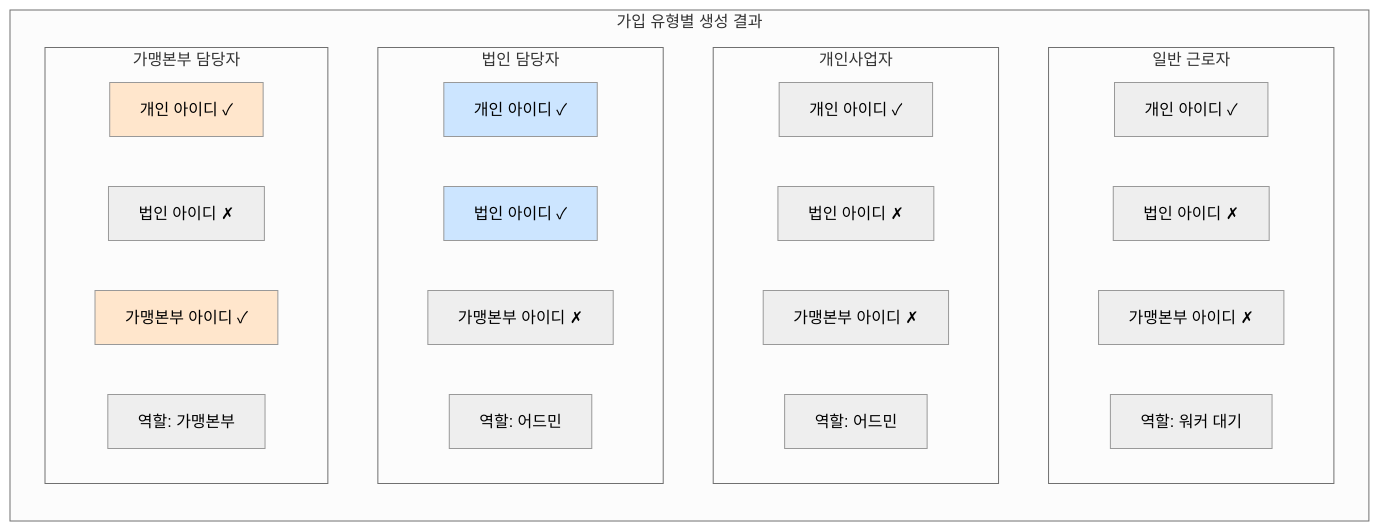
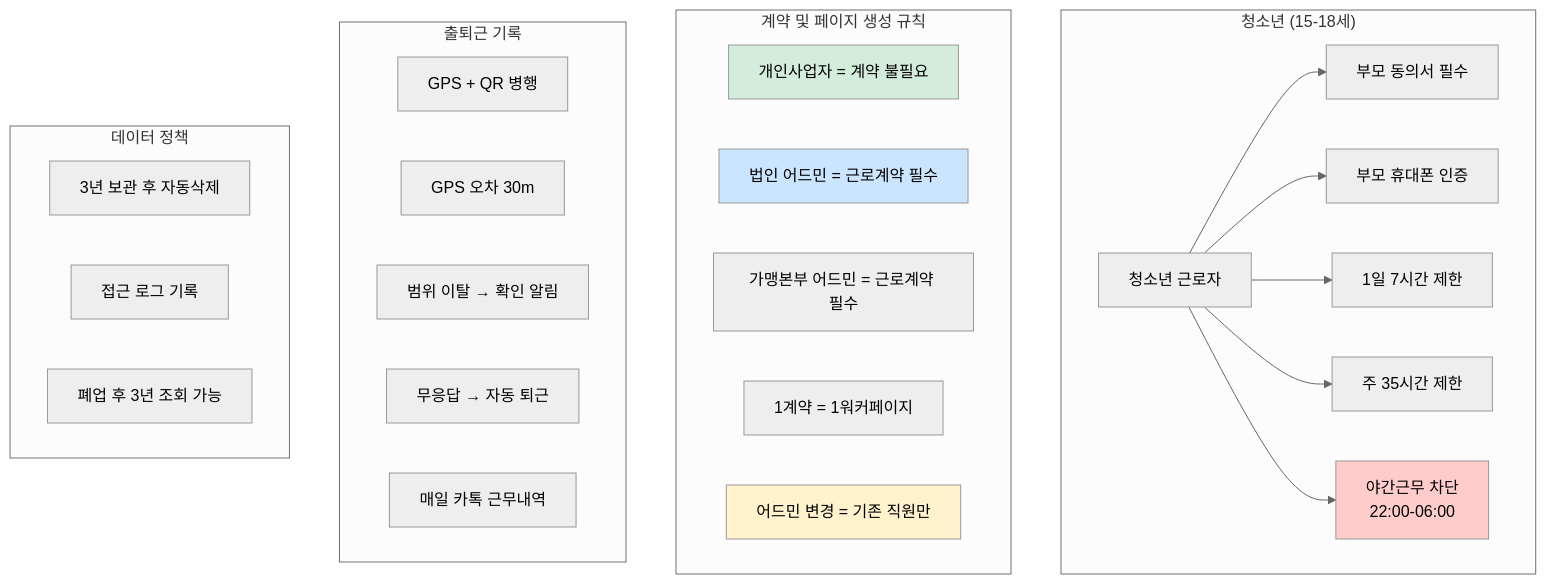
The seventh of 8 diagrams in services/attendance/user-permission-diagram.md (crazybass81/DOT), drawn with Mermaid (neutral theme) before and after one commit. The commit also changed other lines of this file, not shown here.

````diff
--- a/services/attendance/user-permission-diagram.md
+++ b/services/attendance/user-permission-diagram.md
@@ -338,37 +340,38 @@
 ```mermaid
-graph LR
-    subgraph "가입 유형별 생성 결과"
-        subgraph "일반 근로자"
-            W1[개인 아이디 ✓]
-            W2[법인 아이디 ✗]
-            W3[가맹본부 아이디 ✗]
-            W4[역할: 워커 대기]
-        end
-        
-        subgraph "개인사업자"
-            I1[개인 아이디 ✓]
-            I2[법인 아이디 ✗]
-            I3[가맹본부 아이디 ✗]
-            I4[역할: 어드민]
-        end
-        
-        subgraph "법인 담당자"
-            C1[개인 아이디 ✓]
-            C2[법인 아이디 ✓]
-            C3[가맹본부 아이디 ✗]
-            C4[역할: 어드민]
-        end
-        
-        subgraph "가맹본부 담당자"
-            F1[개인 아이디 ✓]
-            F2[법인 아이디 ✗]
-            F3[가맹본부 아이디 ✓]
-            F4[역할: 가맹본부]
-        end
+graph TB
+    subgraph "청소년 (15-18세)"
+        Teen[청소년 근로자]
+        Teen --> T1[부모 동의서 필수]
+        Teen --> T2[부모 휴대폰 인증]
+        Teen --> T3[1일 7시간 제한]
+        Teen --> T4[주 35시간 제한]
+        Teen --> T5[야간근무 차단<br/>22:00-06:00]
     end
     
-    style C1 fill:#cce5ff
-    style C2 fill:#cce5ff
-    style F1 fill:#ffe6cc
-    style F3 fill:#ffe6cc
+    subgraph "계약 및 페이지 생성 규칙"
+        Rule1[개인사업자 = 계약 불필요]
+        Rule2[법인 어드민 = 근로계약 필수]
+        Rule3[가맹본부 어드민 = 근로계약 필수]
+        Rule4[1계약 = 1워커페이지]
+        Rule5[어드민 변경 = 기존 직원만]
+    end
+    
+    subgraph "출퇴근 기록"
+        Check1[GPS + QR 병행]
+        Check2[GPS 오차 30m]
+        Check3[범위 이탈 → 확인 알림]
+        Check4[무응답 → 자동 퇴근]
+        Check5[매일 카톡 근무내역]
+    end
+    
+    subgraph "데이터 정책"
+        Data1[3년 보관 후 자동삭제]
+        Data2[접근 로그 기록]
+        Data3[폐업 후 3년 조회 가능]
+    end
+    
+    style T5 fill:#ffcccc
+    style Rule1 fill:#d4edda
+    style Rule2 fill:#cce5ff
+    style Rule5 fill:#fff3cd
 ```
````
